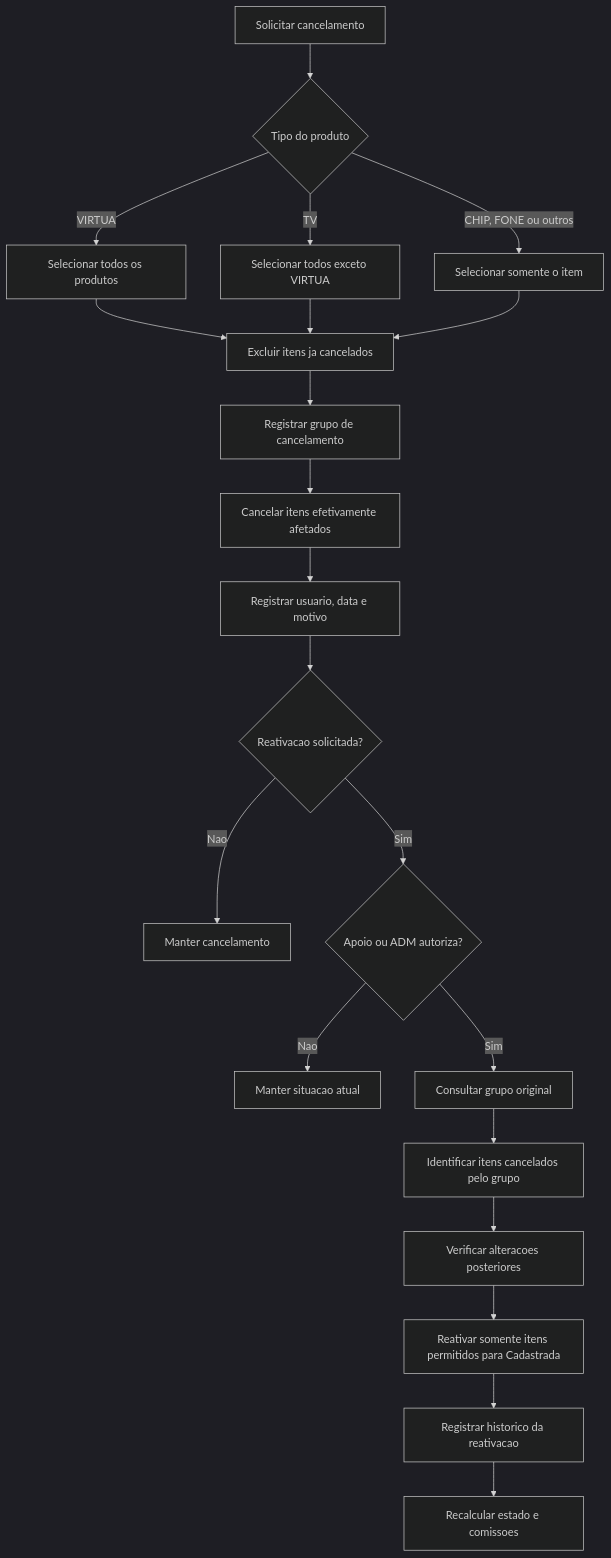
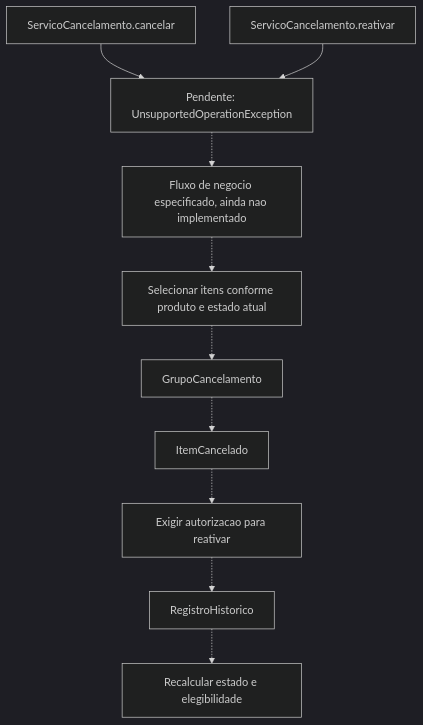
The diagram in docs/diagramas/04-cancelamento-reativacao.mmd (JeffersonDeylane/LP2---sistema-de-vendas), drawn with Mermaid (dark theme) before and after one commit. The commit also changed 165 other files, not shown here.

Commit message:
criação das classes seguindo o diagrama decidido (ainda com o código pendente)

```diff
--- a/docs/diagramas/04-cancelamento-reativacao.mmd
+++ b/docs/diagramas/04-cancelamento-reativacao.mmd
@@ -1,21 +1,10 @@
 flowchart TD
-    A["Solicitar cancelamento"] --> B{"Tipo do produto"}
-    B -->|VIRTUA| C["Selecionar todos os produtos"]
-    B -->|TV| D["Selecionar todos exceto VIRTUA"]
-    B -->|CHIP, FONE ou outros| E["Selecionar somente o item"]
-    C --> F["Excluir itens ja cancelados"]
-    D --> F
-    E --> F
-    F --> G["Registrar grupo de cancelamento"]
-    G --> H["Cancelar itens efetivamente afetados"]
-    H --> I["Registrar usuario, data e motivo"]
-    I --> J{"Reativacao solicitada?"}
-    J -->|Nao| K["Manter cancelamento"]
-    J -->|Sim| L{"Apoio ou ADM autoriza?"}
-    L -->|Nao| M["Manter situacao atual"]
-    L -->|Sim| N["Consultar grupo original"]
-    N --> O["Identificar itens cancelados pelo grupo"]
-    O --> P["Verificar alteracoes posteriores"]
-    P --> Q["Reativar somente itens permitidos para Cadastrada"]
-    Q --> R["Registrar historico da reativacao"]
-    R --> S["Recalcular estado e comissoes"]
+    A["ServicoCancelamento.cancelar"] --> B["Pendente: UnsupportedOperationException"]
+    C["ServicoCancelamento.reativar"] --> B
+    B -.-> D["Fluxo de negocio especificado, ainda nao implementado"]
+    D -.-> E["Selecionar itens conforme produto e estado atual"]
+    E -.-> F["GrupoCancelamento"]
+    F -.-> G["ItemCancelado"]
+    G -.-> H["Exigir autorizacao para reativar"]
+    H -.-> I["RegistroHistorico"]
+    I -.-> J["Recalcular estado e elegibilidade"]
```
